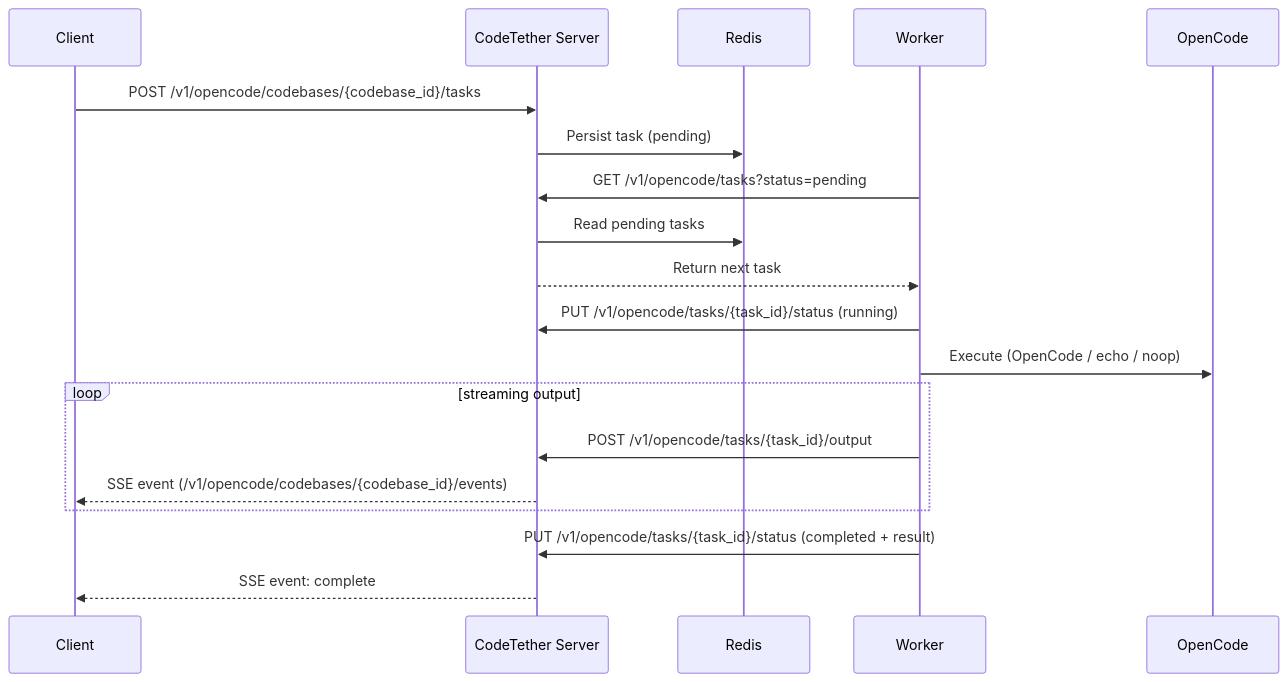
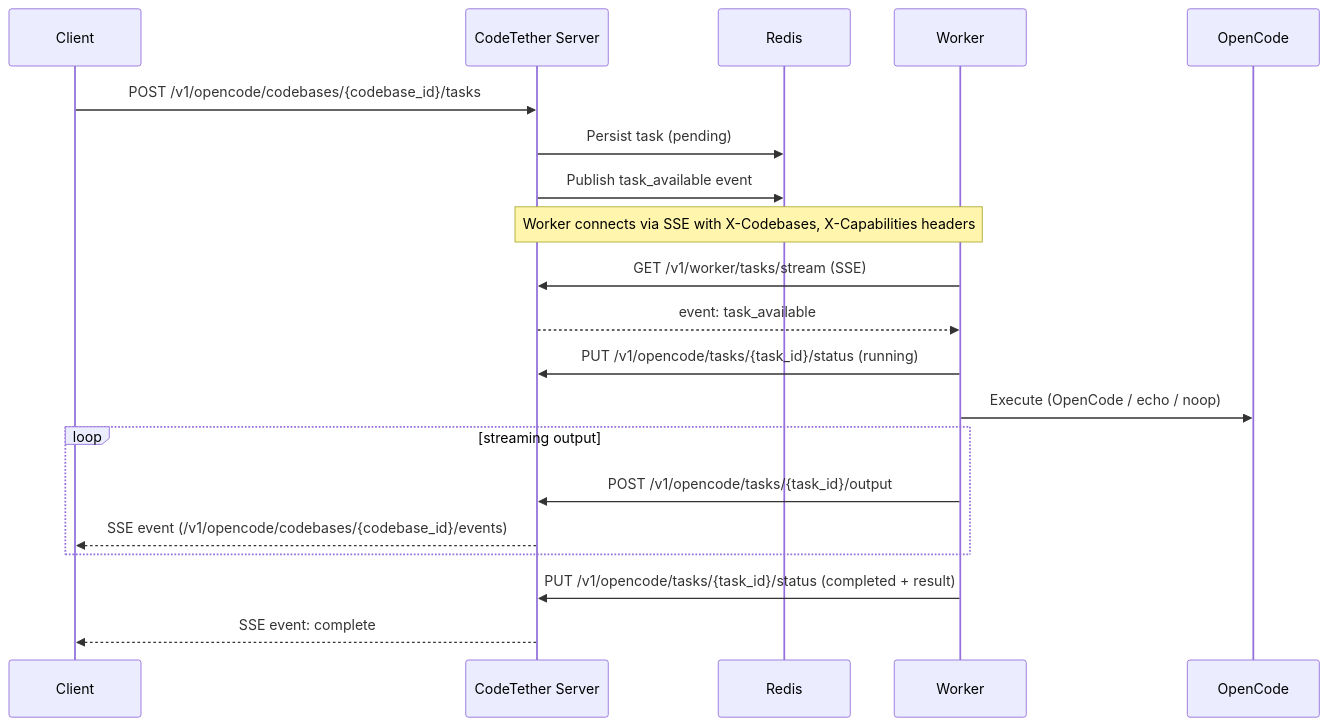
One commit to rileyseaburg/codetether changed the second of 3 diagrams in codetether-docs/concepts/architecture.md. Above: the diagram before and after it, drawn with Mermaid. The commit also changed other lines of this file and 26 other files, not shown here.

````diff
--- a/codetether-docs/concepts/architecture.md
+++ b/codetether-docs/concepts/architecture.md
@@ -141,26 +139,27 @@
 ```mermaid
 sequenceDiagram
     participant C as Client
     participant S as CodeTether Server
     participant R as Redis
     participant W as Worker
     participant O as OpenCode
 
     C->>S: POST /v1/opencode/codebases/{codebase_id}/tasks
     S->>R: Persist task (pending)
+    S->>R: Publish task_available event
 
-    W->>S: GET /v1/opencode/tasks?status=pending
-    S->>R: Read pending tasks
-    S-->>W: Return next task
+    Note over W,S: Worker connects via SSE with X-Codebases, X-Capabilities headers
+    W->>S: GET /v1/worker/tasks/stream (SSE)
+    S-->>W: event: task_available
 
     W->>S: PUT /v1/opencode/tasks/{task_id}/status (running)
     W->>O: Execute (OpenCode / echo / noop)
 
     loop streaming output
         W->>S: POST /v1/opencode/tasks/{task_id}/output
         S-->>C: SSE event (/v1/opencode/codebases/{codebase_id}/events)
     end
 
     W->>S: PUT /v1/opencode/tasks/{task_id}/status (completed + result)
     S-->>C: SSE event: complete
 ```
````
